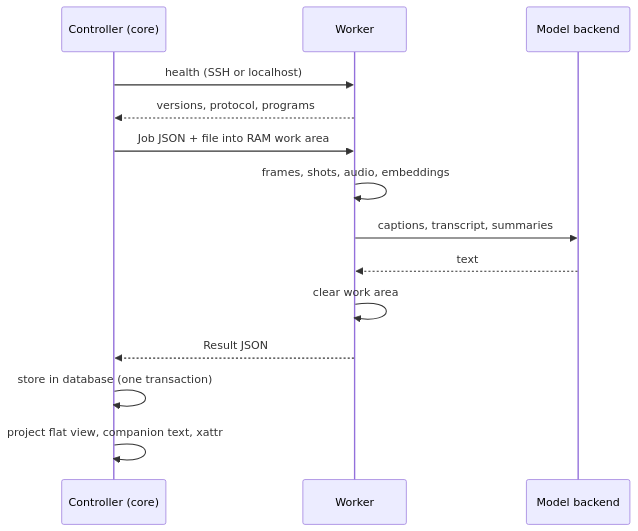
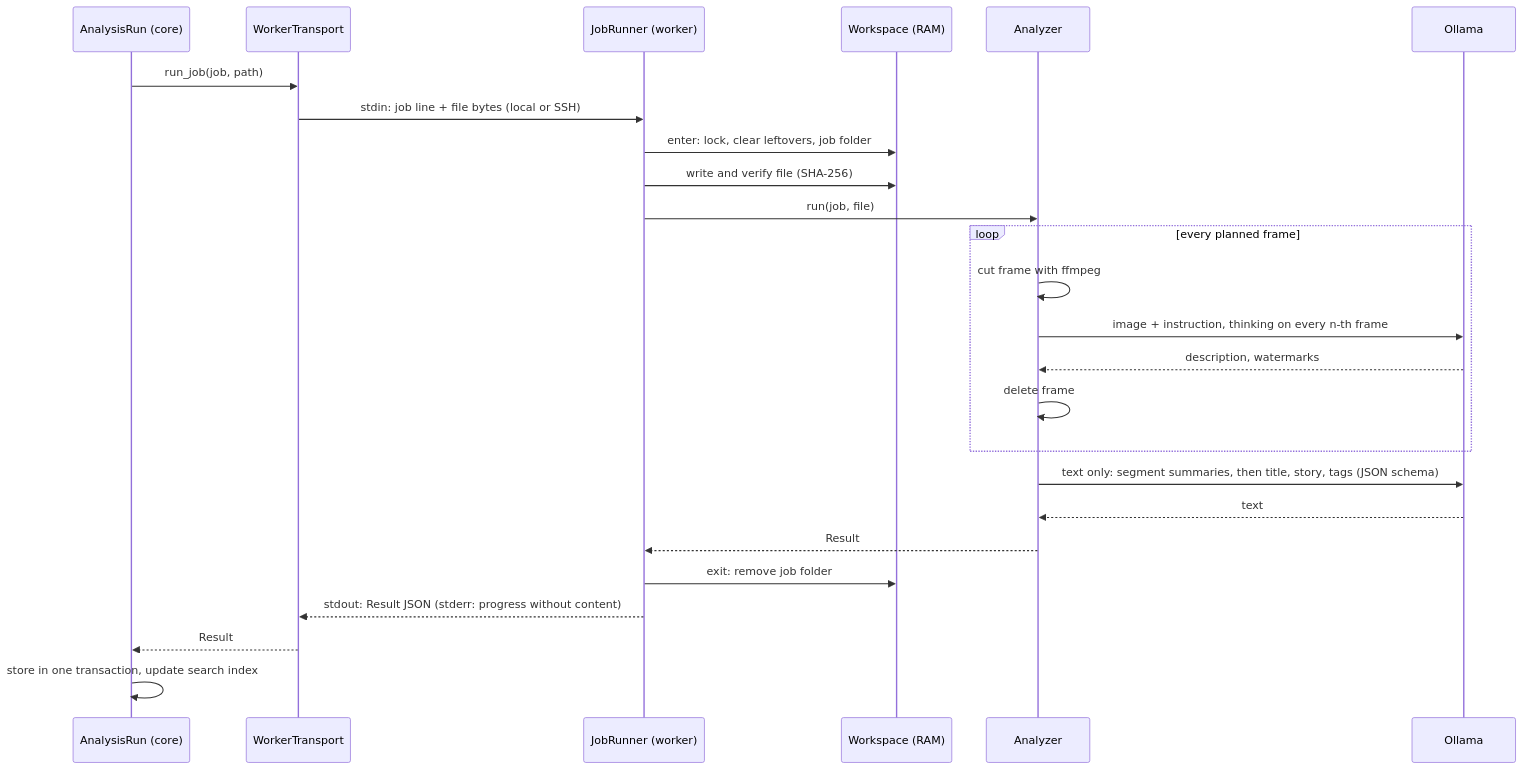
Before and after one commit to peddanet/filetag: the sixth of 7 diagrams in docs/developer.md, drawn with Mermaid. The commit also changed other lines of this file and 21 other files, not shown here.

First line of the commit message:
Add video analysis through a local or SSH worker

```diff
--- a/docs/developer.md
+++ b/docs/developer.md
@@ -239,16 +241,27 @@
 ~~~mermaid
 sequenceDiagram
-  participant C as Controller (core)
-  participant W as Worker
-  participant M as Model backend
-  C->>W: health (SSH or localhost)
-  W-->>C: versions, protocol, programs
-  C->>W: Job JSON + file into RAM work area
-  W->>W: frames, shots, audio, embeddings
-  W->>M: captions, transcript, summaries
-  M-->>W: text
-  W->>W: clear work area
-  W-->>C: Result JSON
-  C->>C: store in database (one transaction)
-  C->>C: project flat view, companion text, xattr
+  participant C as AnalysisRun (core)
+  participant T as WorkerTransport
+  participant J as JobRunner (worker)
+  participant S as Workspace (RAM)
+  participant A as Analyzer
+  participant O as Ollama
+  C->>T: run_job(job, path)
+  T->>J: stdin: job line + file bytes (local or SSH)
+  J->>S: enter: lock, clear leftovers, job folder
+  J->>S: write and verify file (SHA-256)
+  J->>A: run(job, file)
+  loop every planned frame
+    A->>A: cut frame with ffmpeg
+    A->>O: image + instruction, thinking on every n-th frame
+    O-->>A: description, watermarks
+    A->>A: delete frame
+  end
+  A->>O: text only: segment summaries, then title, story, tags (JSON schema)
+  O-->>A: text
+  A-->>J: Result
+  J->>S: exit: remove job folder
+  J-->>T: stdout: Result JSON (stderr: progress without content)
+  T-->>C: Result
+  C->>C: store in one transaction, update search index
 ~~~
```
